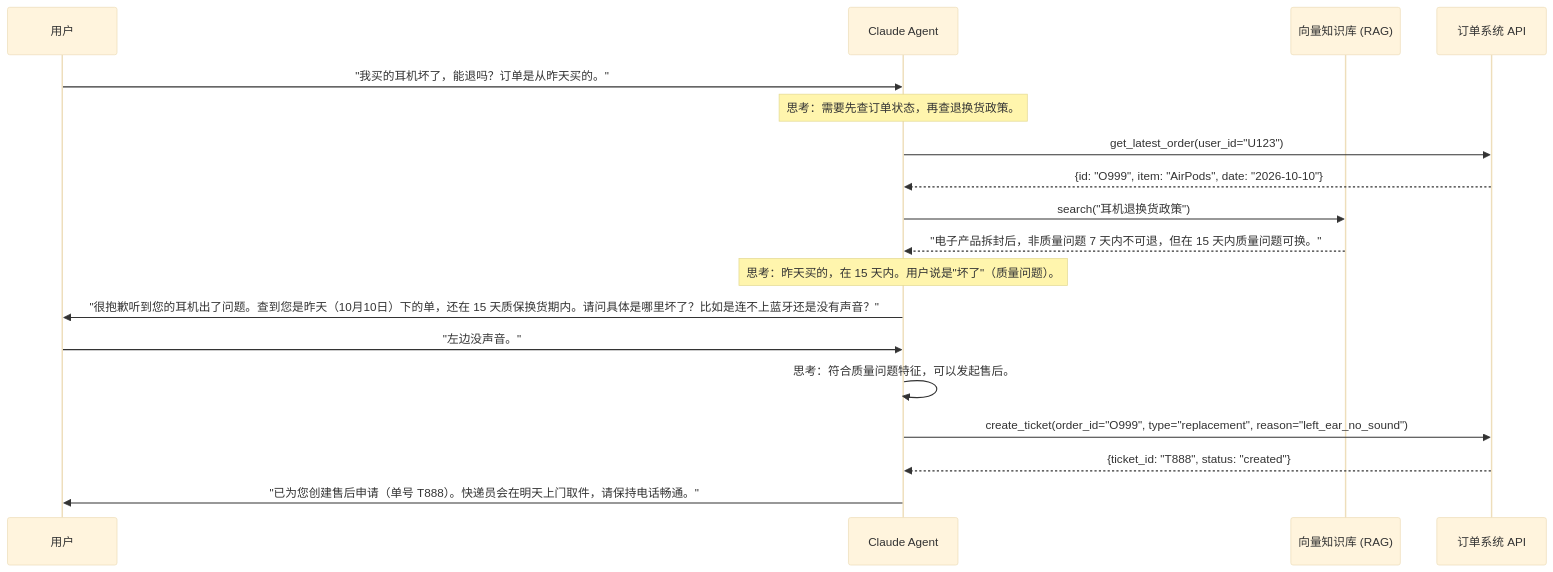
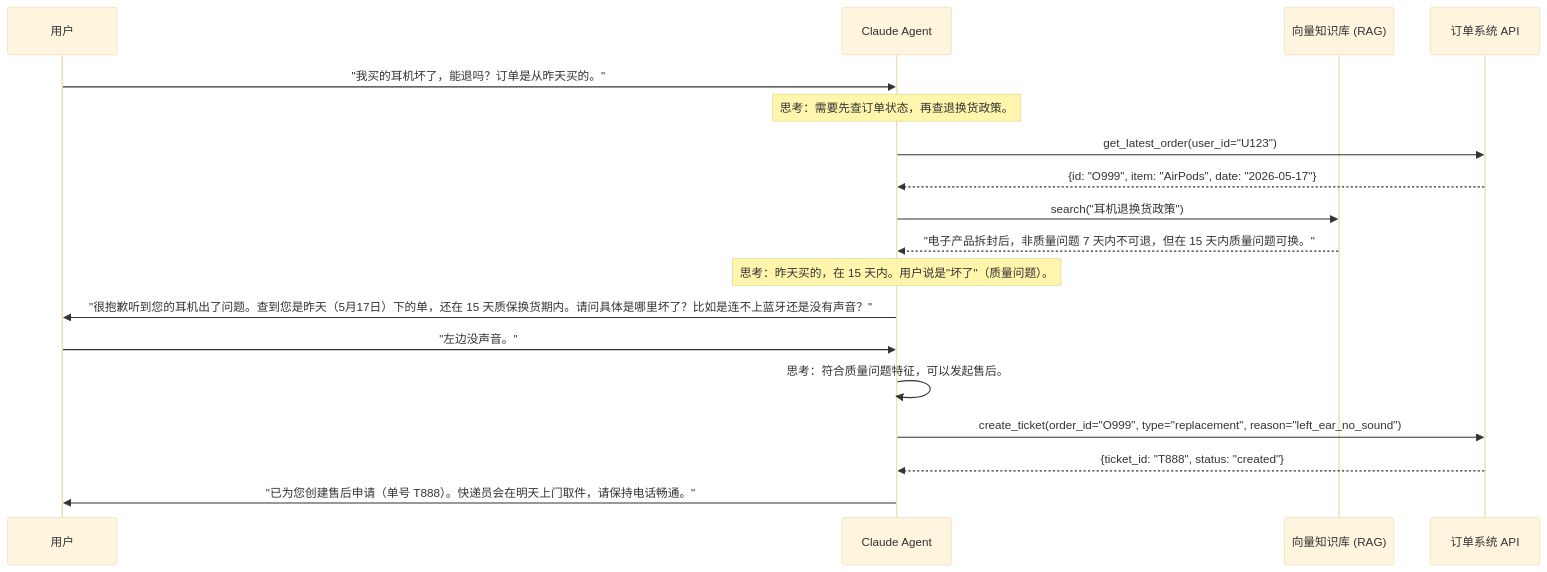
The diagram in 09_practical/9.1_customer_service.md (yeasy/claude_guide), drawn with Mermaid (base theme) before and after one commit. The commit also changed 4 other files, not shown here.

````diff
--- a/09_practical/9.1_customer_service.md
+++ b/09_practical/9.1_customer_service.md
@@ -19,29 +19,29 @@
 ```mermaid
 sequenceDiagram
     participant User as 用户
     participant Agent as Claude Agent
     participant KB as 向量知识库 (RAG)
     participant API as 订单系统 API
 
     User->>Agent: "我买的耳机坏了，能退吗？订单是从昨天买的。"
 
     Note over Agent: 思考：需要先查订单状态，再查退换货政策。
 
     Agent->>API: get_latest_order(user_id="U123")
-    API-->>Agent: {id: "O999", item: "AirPods", date: "2026-10-10"}
+    API-->>Agent: {id: "O999", item: "AirPods", date: "2026-05-17"}
 
     Agent->>KB: search("耳机退换货政策")
     KB-->>Agent: "电子产品拆封后，非质量问题 7 天内不可退，但在 15 天内质量问题可换。"
 
     Note over Agent: 思考：昨天买的，在 15 天内。用户说是"坏了"（质量问题）。
 
-    Agent->>User: "很抱歉听到您的耳机出了问题。查到您是昨天（10月10日）下的单，还在 15 天质保换货期内。请问具体是哪里坏了？比如是连不上蓝牙还是没有声音？"
+    Agent->>User: "很抱歉听到您的耳机出了问题。查到您是昨天（5月17日）下的单，还在 15 天质保换货期内。请问具体是哪里坏了？比如是连不上蓝牙还是没有声音？"
 
     User->>Agent: "左边没声音。"
 
     Agent->>Agent: 思考：符合质量问题特征，可以发起售后。
     Agent->>API: create_ticket(order_id="O999", type="replacement", reason="left_ear_no_sound")
     API-->>Agent: {ticket_id: "T888", status: "created"}
 
     Agent->>User: "已为您创建售后申请（单号 T888）。快递员会在明天上门取件，请保持电话畅通。"
 ```
````
